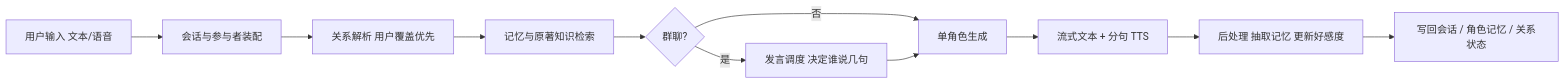
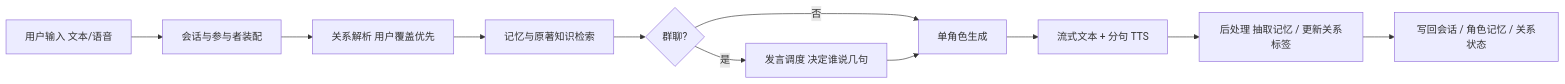
One commit to takotosaijo/BISTRO changed the diagram in docs/PLAN.md. Above: the diagram before and after it, drawn with Mermaid. The commit also changed other lines of this file and 8 other files, not shown here.

````diff
--- a/docs/PLAN.md
+++ b/docs/PLAN.md
@@ -223,13 +228,13 @@
 ```mermaid
 flowchart LR
   A[用户输入 文本/语音] --> B[会话与参与者装配]
   B --> C[关系解析 用户覆盖优先]
   C --> D[记忆与原著知识检索]
   D --> E{群聊?}
   E -->|是| F[发言调度 决定谁说几句]
   E -->|否| G[单角色生成]
   F --> G
   G --> H[流式文本 + 分句 TTS]
-  H --> I[后处理 抽取记忆 更新好感度]
+  H --> I[后处理 抽取记忆 / 更新关系标签]
   I --> J[写回会话 / 角色记忆 / 关系状态]
 ```
````
